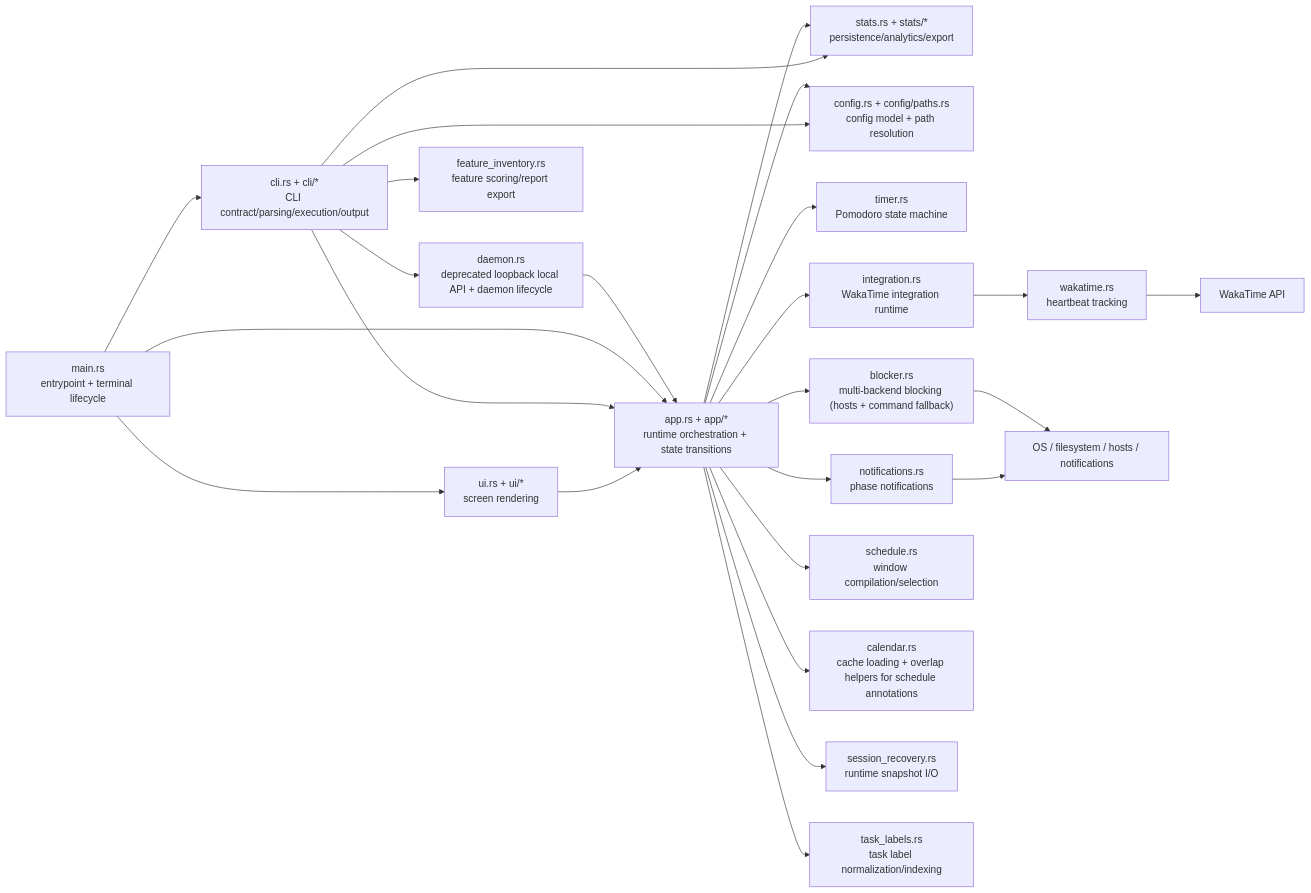
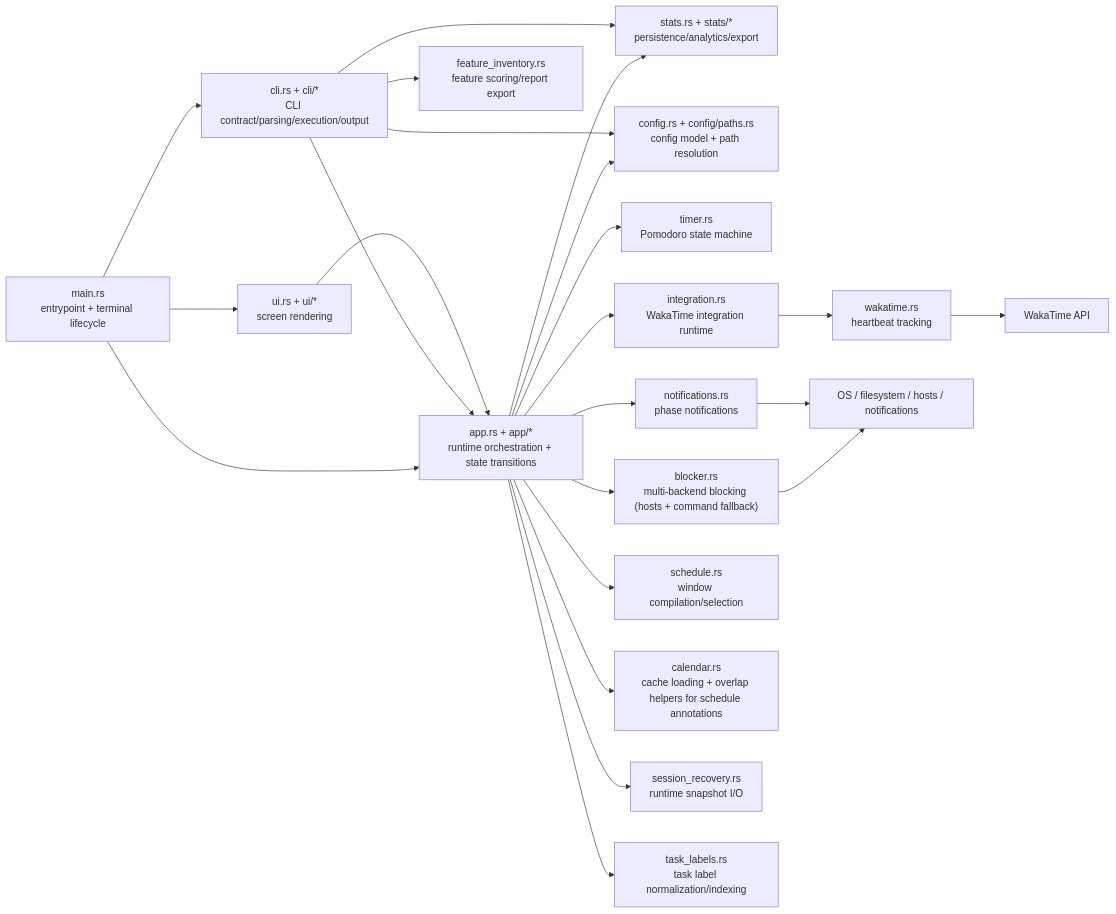
The first of 2 diagrams in ARCHITECTURE.md (utilForever/focustime), drawn with Mermaid before and after one commit. The commit also changed other lines of this file and 5 other files, not shown here.

Commit message:
docs: document daemon API retirement

````diff
--- a/ARCHITECTURE.md
+++ b/ARCHITECTURE.md
@@ -10,47 +10,44 @@
 ```mermaid
 flowchart LR
     M["main.rs<br/>entrypoint + terminal lifecycle"]
     CLI["cli.rs + cli/*<br/>CLI contract/parsing/execution/output"]
-    DAE["daemon.rs<br/>deprecated loopback local API + daemon lifecycle"]
     APP["app.rs + app/*<br/>runtime orchestration + state transitions"]
     UI["ui.rs + ui/*<br/>screen rendering"]
     ST["stats.rs + stats/*<br/>persistence/analytics/export"]
     FI["feature_inventory.rs<br/>feature scoring/report export"]
     CFG["config.rs + config/paths.rs<br/>config model + path resolution"]
     TM["timer.rs<br/>Pomodoro state machine"]
     BL["blocker.rs<br/>multi-backend blocking (hosts + command fallback)"]
     IG["integration.rs<br/>WakaTime integration runtime"]
     WK["wakatime.rs<br/>heartbeat tracking"]
     NT["notifications.rs<br/>phase notifications"]
     SCH["schedule.rs<br/>window compilation/selection"]
     CAL["calendar.rs<br/>cache loading + overlap helpers for schedule annotations"]
     REC["session_recovery.rs<br/>runtime snapshot I/O"]
     TL["task_labels.rs<br/>task label normalization/indexing"]
     OS["OS / filesystem / hosts / notifications"]
     API["WakaTime API"]
 
     M --> CLI
-    CLI --> DAE
-    DAE --> APP
     M --> APP
     M --> UI
     APP --> CFG
     APP --> TM
     APP --> BL
     APP --> IG
     IG --> WK
     APP --> NT
     APP --> SCH
     APP --> CAL
     APP --> ST
     APP --> TL
     APP --> REC
     CLI --> APP
     CLI --> CFG
     CLI --> ST
     CLI --> FI
     UI --> APP
     BL --> OS
     NT --> OS
     WK --> API
 ```
````
